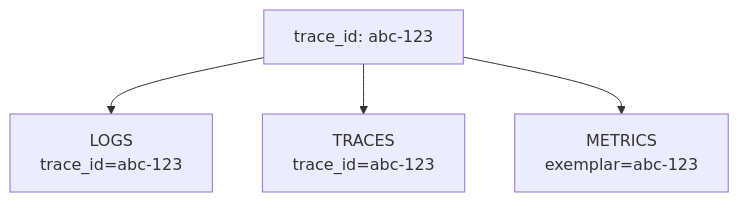
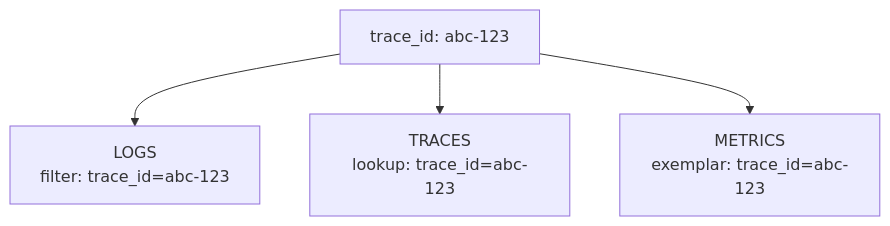
Before and after one commit to krisztiankoos/kubedojo: the sixth of 10 diagrams in src/content/docs/platform/foundations/observability-theory/module-3.2-the-three-pillars.md, drawn with Mermaid. The commit also changed other lines of this file, not shown here.

````diff
--- a/src/content/docs/platform/foundations/observability-theory/module-3.2-the-three-pillars.md
+++ b/src/content/docs/platform/foundations/observability-theory/module-3.2-the-three-pillars.md
@@ -349,6 +376,6 @@
 ```mermaid
 graph TD
-    T[trace_id: abc-123] --> L[LOGS<br/>trace_id=abc-123]
-    T --> TR[TRACES<br/>trace_id=abc-123]
-    T --> M[METRICS<br/>exemplar=abc-123]
+    T[trace_id: abc-123] --> L[LOGS<br/>filter: trace_id=abc-123]
+    T --> TR[TRACES<br/>lookup: trace_id=abc-123]
+    T --> M[METRICS<br/>exemplar: trace_id=abc-123]
 ```
````
